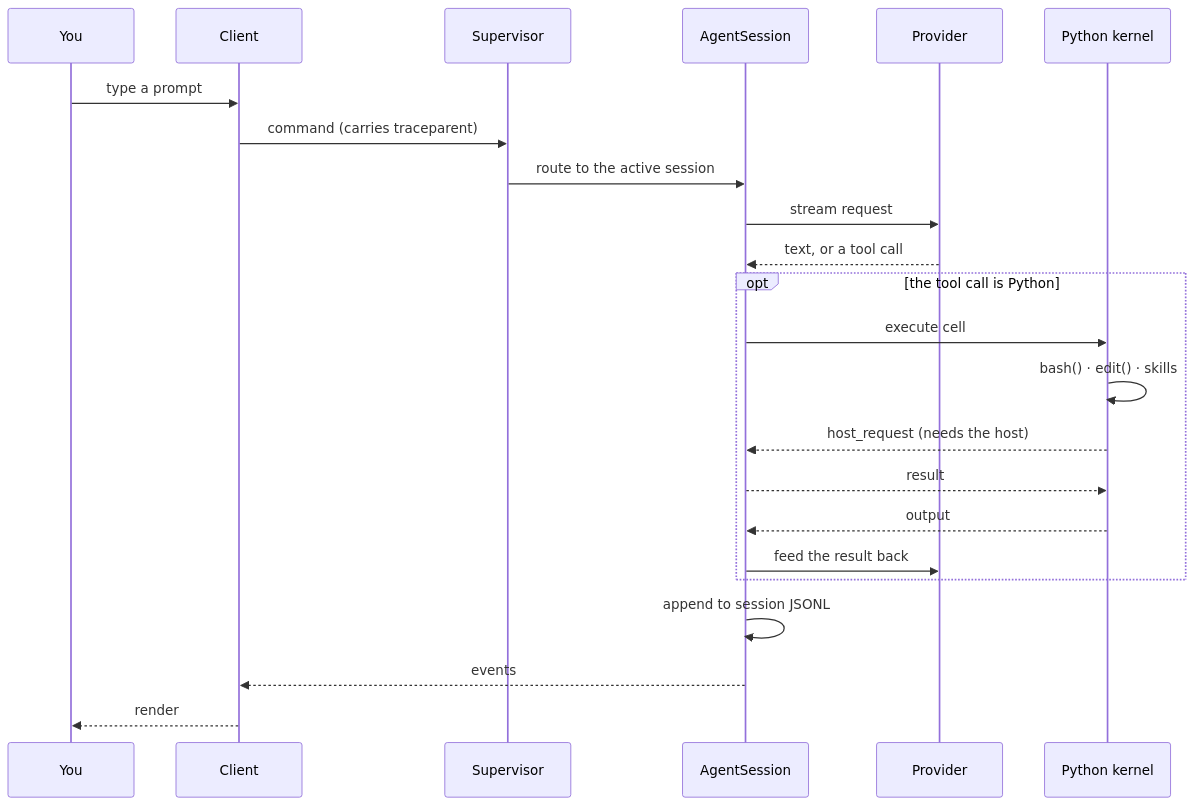
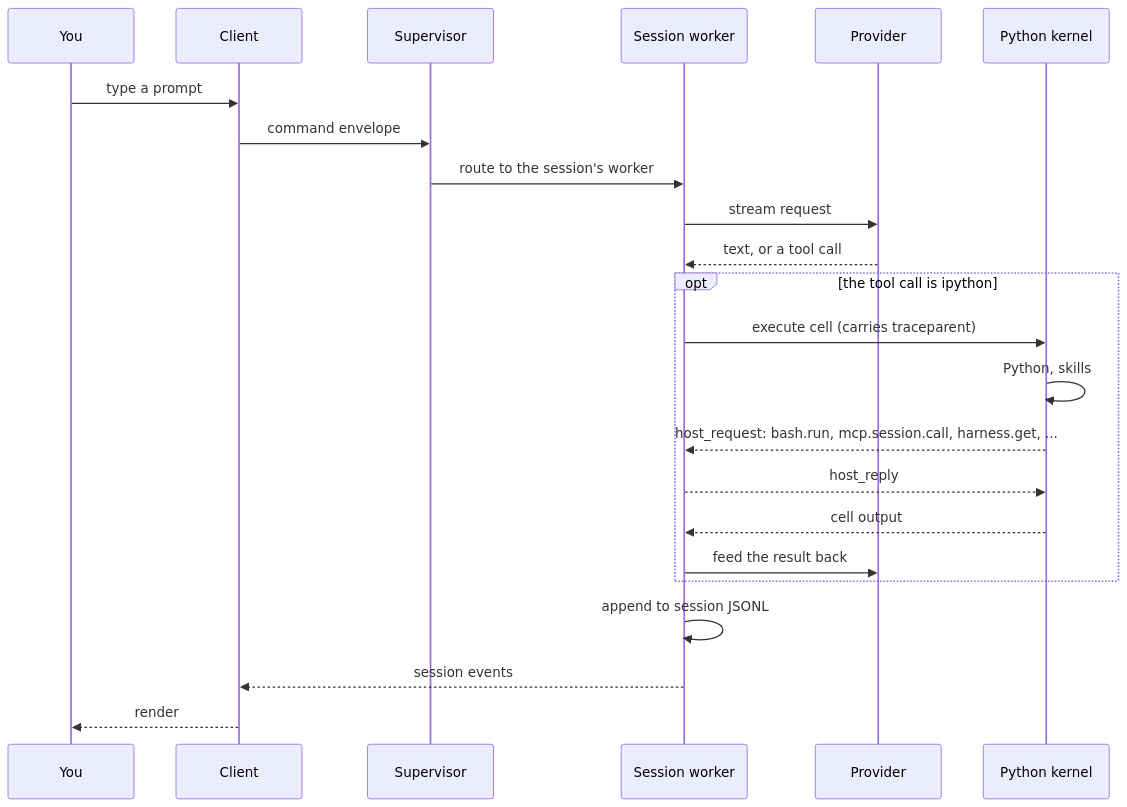
One commit to coleleavitt/prime-agent changed the second of 6 diagrams in FLOWCHART.md. Above: the diagram before and after it, drawn with Mermaid. The commit also changed other lines of this file and 4 other files, not shown here.

First line of the commit message:
docs: FLOWCHART and the architecture diagrams map the Rust crates

````diff
--- a/FLOWCHART.md
+++ b/FLOWCHART.md
@@ -45,26 +52,26 @@
 ```mermaid
 sequenceDiagram
     participant U as You
     participant C as Client
     participant S as Supervisor
-    participant A as AgentSession
+    participant W as Session worker
     participant P as Provider
     participant K as Python kernel
 
     U->>C: type a prompt
-    C->>S: command (carries traceparent)
-    S->>A: route to the active session
-    A->>P: stream request
-    P-->>A: text, or a tool call
-    opt the tool call is Python
-        A->>K: execute cell
-        K->>K: bash() · edit() · skills
-        K-->>A: host_request (needs the host)
-        A-->>K: result
-        K-->>A: output
-        A->>P: feed the result back
+    C->>S: command envelope
+    S->>W: route to the session's worker
+    W->>P: stream request
+    P-->>W: text, or a tool call
+    opt the tool call is ipython
+        W->>K: execute cell (carries traceparent)
+        K->>K: Python, skills
+        K-->>W: host_request: bash.run, mcp.session.call, harness.get, ...
+        W-->>K: host_reply
+        K-->>W: cell output
+        W->>P: feed the result back
     end
-    A->>A: append to session JSONL
-    A-->>C: events
+    W->>W: append to session JSONL
+    W-->>C: session events
     C-->>U: render
 ```
````
